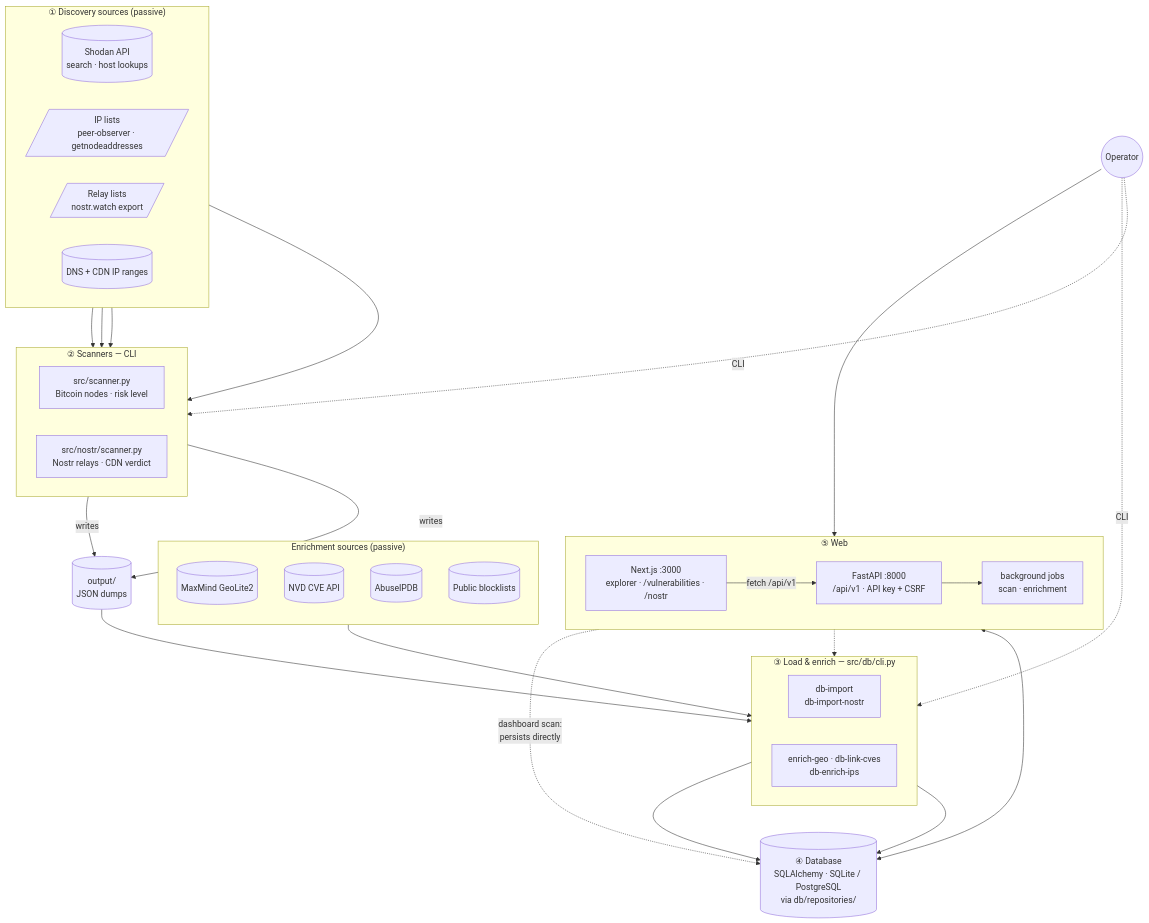
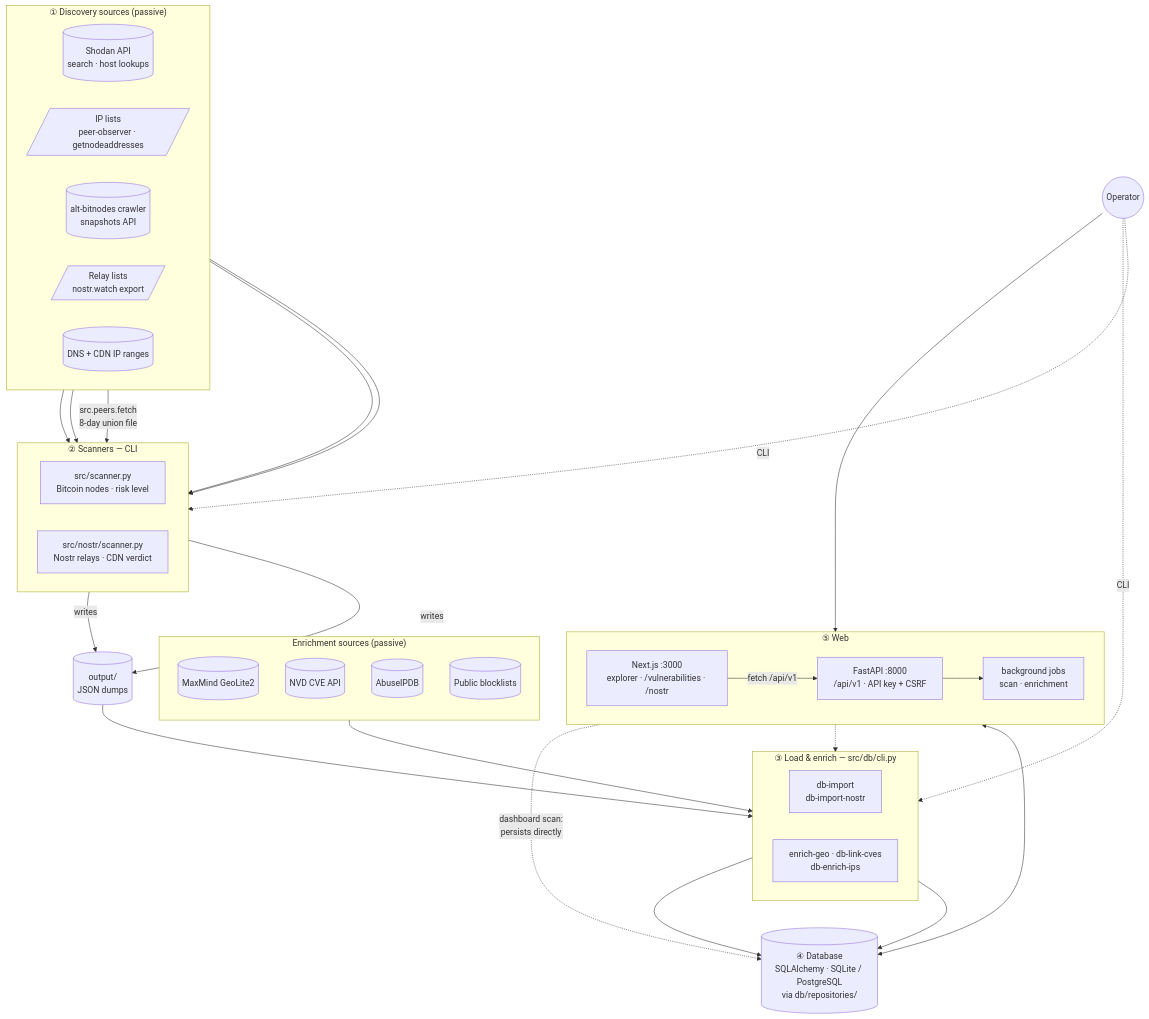
One commit to hacknodeslab/bitcoin-node-scanner changed the first of 4 diagrams in docs/ARCHITECTURE.md. Above: the diagram before and after it, drawn with Mermaid. The commit also changed 12 other files, not shown here.

````diff
--- a/docs/ARCHITECTURE.md
+++ b/docs/ARCHITECTURE.md
@@ -21,62 +21,64 @@
 ```mermaid
 flowchart TB
     OPERATOR(("Operator"))
 
     subgraph DISC["① Discovery sources (passive)"]
         direction LR
         SHODAN[("Shodan API<br/>search · host lookups")]
         PEERS[/"IP lists<br/>peer-observer · getnodeaddresses"/]
+        ALTBN[("alt-bitnodes crawler<br/>snapshots API")]
         RELAYS[/"Relay lists<br/>nostr.watch export"/]
         DNS[("DNS + CDN IP ranges")]
     end
 
     subgraph SCAN["② Scanners — CLI"]
         direction LR
         SCANNER["src/scanner.py<br/>Bitcoin nodes · risk level"]
         NSCAN["src/nostr/scanner.py<br/>Nostr relays · CDN verdict"]
     end
 
     DUMPS[("output/<br/>JSON dumps")]
 
     subgraph LOAD["③ Load & enrich — src/db/cli.py"]
         direction LR
         IMPORT["db-import<br/>db-import-nostr"]
         ENRICH["enrich-geo · db-link-cves<br/>db-enrich-ips"]
     end
 
     subgraph ESRC["Enrichment sources (passive)"]
         direction TB
         MAXMIND[("MaxMind GeoLite2")]
         NVD[("NVD CVE API")]
         ABUSE[("AbuseIPDB")]
         BLOCK[("Public blocklists")]
     end
 
     DB[("④ Database<br/>SQLAlchemy · SQLite / PostgreSQL<br/>via db/repositories/")]
 
     subgraph WEB["⑤ Web"]
         direction LR
         API["FastAPI :8000<br/>/api/v1 · API key + CSRF"]
         BG["background jobs<br/>scan · enrichment"]
         UI["Next.js :3000<br/>explorer · /vulnerabilities · /nostr"]
     end
 
     SHODAN --> SCANNER
     PEERS --> SCANNER
+    ALTBN -->|"src.peers.fetch<br/>8-day union file"| SCANNER
     RELAYS --> NSCAN
     DNS --> NSCAN
     SCANNER -->|writes| DUMPS
     NSCAN -->|writes| DUMPS
     DUMPS --> IMPORT
     IMPORT --> DB
     ESRC --> ENRICH
     ENRICH --> DB
     DB <--> API
     UI -->|fetch /api/v1| API
     API --> BG
     BG -.->|"dashboard scan:<br/>persists directly"| DB
     BG -.-> ENRICH
     OPERATOR --> UI
     OPERATOR -.->|CLI| SCAN
     OPERATOR -.->|CLI| LOAD
 ```
````
